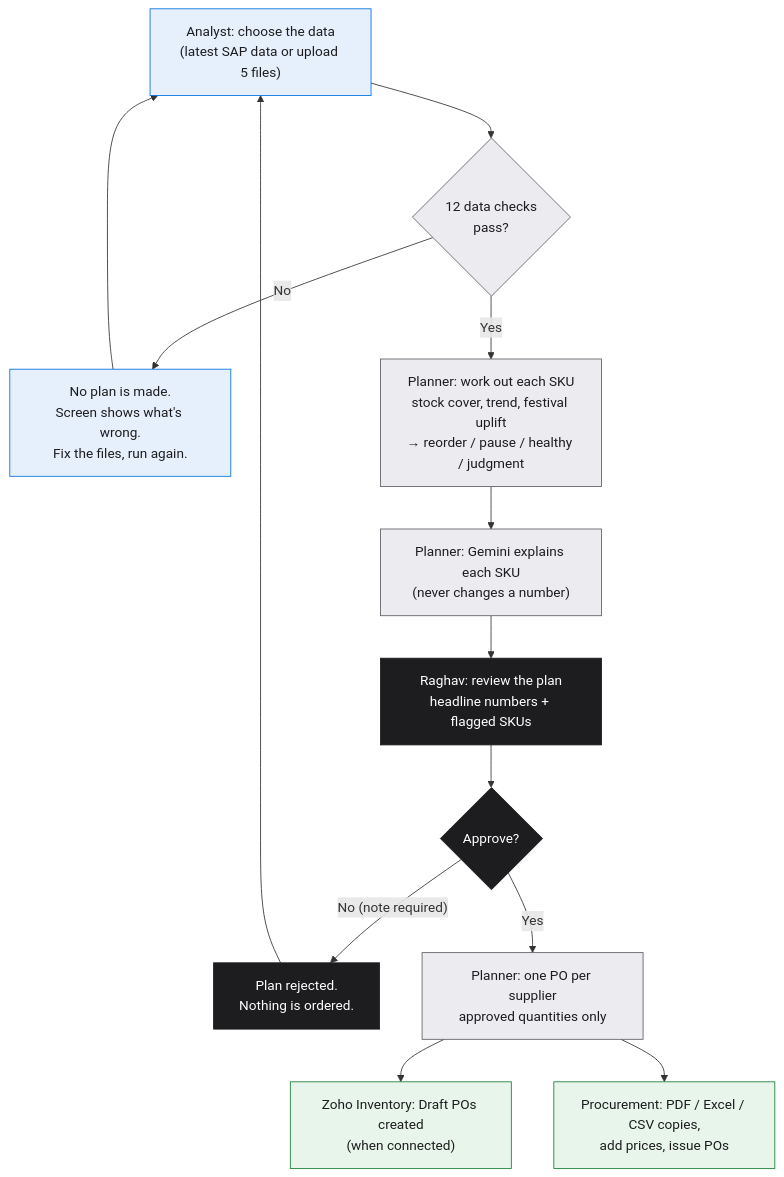
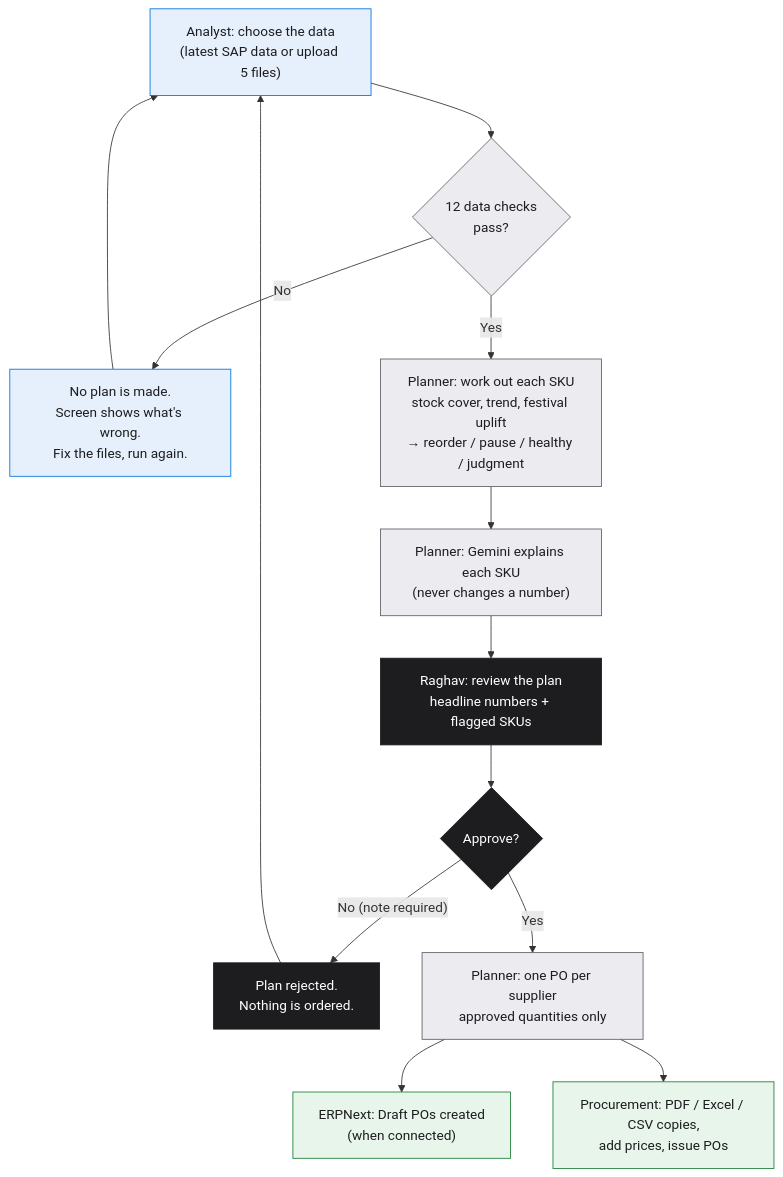
Before and after one commit to OMSOHANI07/freshroots-reorder-planner: the diagram in docs/USER_MANUAL.md, drawn with Mermaid. The commit also changed other lines of this file and 27 other files, not shown here.

First line of the commit message:
Switch purchase orders from Zoho Inventory to ERPNext

````diff
--- a/docs/USER_MANUAL.md
+++ b/docs/USER_MANUAL.md
@@ -13,24 +13,24 @@
 ```mermaid
 flowchart TD
     A["Analyst: choose the data<br/>(latest SAP data or upload 5 files)"] --> B{"12 data checks<br/>pass?"}
     B -- No --> B1["No plan is made.<br/>Screen shows what's wrong.<br/>Fix the files, run again."]
     B1 --> A
     B -- Yes --> C["Planner: work out each SKU<br/>stock cover, trend, festival uplift<br/>→ reorder / pause / healthy / judgment"]
     C --> D["Planner: Gemini explains each SKU<br/>(never changes a number)"]
     D --> E["Raghav: review the plan<br/>headline numbers + flagged SKUs"]
     E --> F{"Approve?"}
     F -- "No (note required)" --> F1["Plan rejected.<br/>Nothing is ordered."]
     F1 --> A
     F -- Yes --> G["Planner: one PO per supplier<br/>approved quantities only"]
-    G --> H["Zoho Inventory: Draft POs created<br/>(when connected)"]
+    G --> H["ERPNext: Draft POs created<br/>(when connected)"]
     G --> I["Procurement: PDF / Excel / CSV copies,<br/>add prices, issue POs"]
 
     classDef analyst fill:#e6f0fc,stroke:#0071e3,color:#1d1d1f;
     classDef planner fill:#ececf0,stroke:#5f5f64,color:#1d1d1f;
     classDef raghav fill:#1d1d1f,stroke:#1d1d1f,color:#ffffff;
     classDef proc fill:#e7f5eb,stroke:#1a7f37,color:#1d1d1f;
     class A,B1 analyst;
     class B,C,D,G planner;
     class E,F,F1 raghav;
     class H,I proc;
 ```
````
